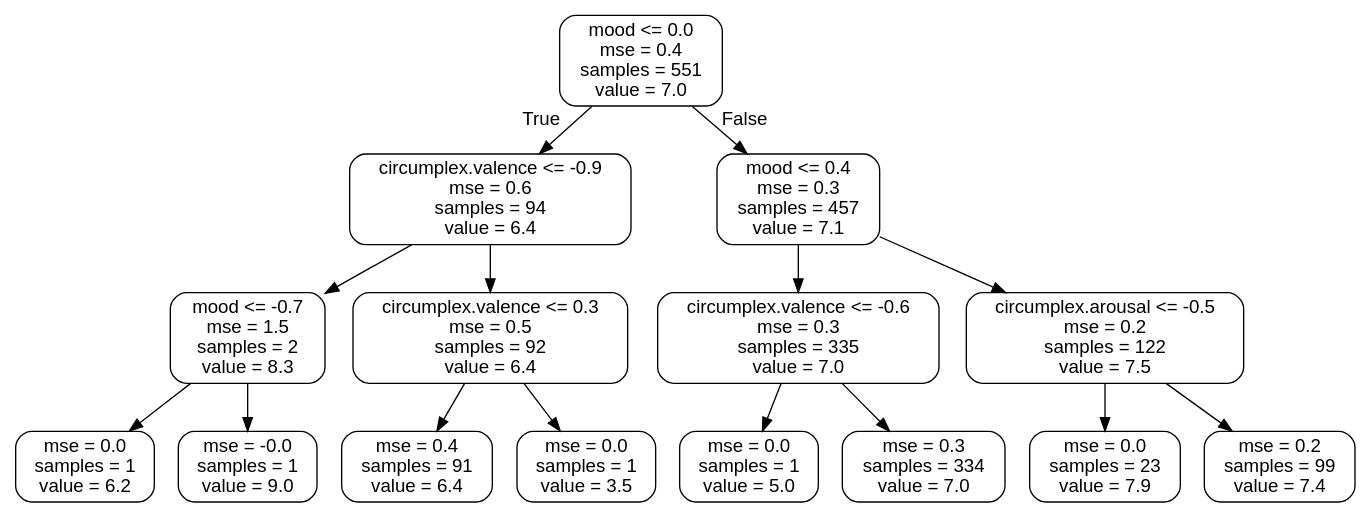
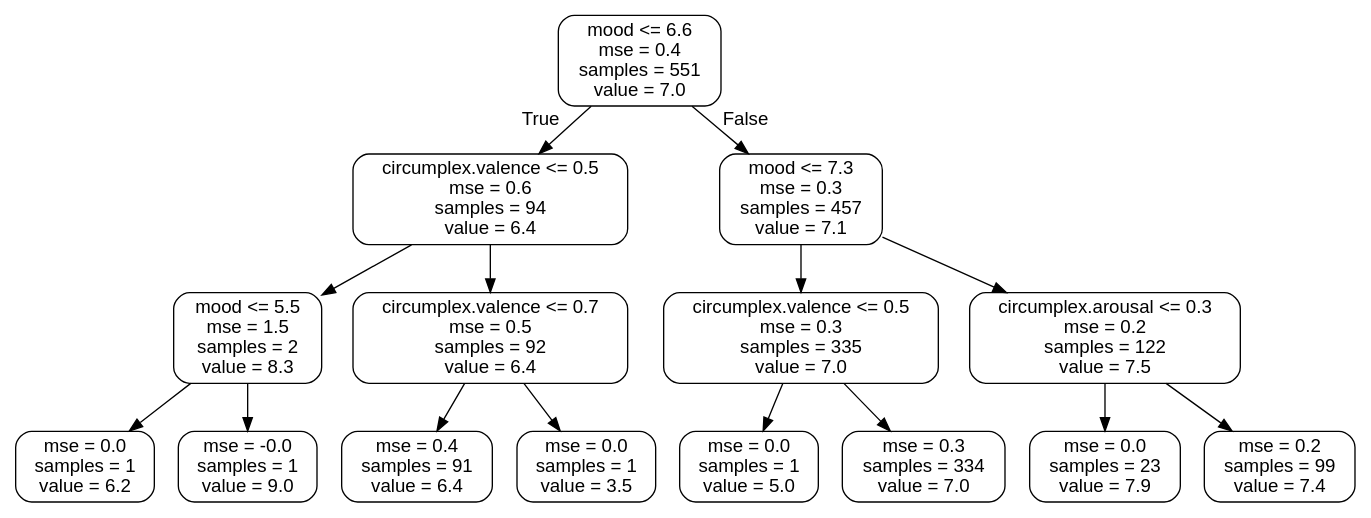
The diagram in Assignment1-Advanced/data/small_tree.dot (martaradzi/DataMiningTechniques), drawn with Graphviz before and after one commit. The commit also changed 11 other files, not shown here.

```diff
--- a/Assignment1-Advanced/data/small_tree.dot
+++ b/Assignment1-Advanced/data/small_tree.dot
@@ -1,33 +1,33 @@
 digraph Tree {
 node [shape=box, style="rounded", color="black", fontname=helvetica] ;
 edge [fontname=helvetica] ;
-0 [label="mood <= 0.0\nmse = 0.4\nsamples = 551\nvalue = 7.0"] ;
-1 [label="circumplex.valence <= -0.9\nmse = 0.6\nsamples = 94\nvalue = 6.4"] ;
+0 [label="mood <= 6.6\nmse = 0.4\nsamples = 551\nvalue = 7.0"] ;
+1 [label="circumplex.valence <= 0.5\nmse = 0.6\nsamples = 94\nvalue = 6.4"] ;
 0 -> 1 [labeldistance=2.5, labelangle=45, headlabel="True"] ;
-2 [label="mood <= -0.7\nmse = 1.5\nsamples = 2\nvalue = 8.3"] ;
+2 [label="mood <= 5.5\nmse = 1.5\nsamples = 2\nvalue = 8.3"] ;
 1 -> 2 ;
 3 [label="mse = 0.0\nsamples = 1\nvalue = 6.2"] ;
 2 -> 3 ;
 4 [label="mse = -0.0\nsamples = 1\nvalue = 9.0"] ;
 2 -> 4 ;
-5 [label="circumplex.valence <= 0.3\nmse = 0.5\nsamples = 92\nvalue = 6.4"] ;
+5 [label="circumplex.valence <= 0.7\nmse = 0.5\nsamples = 92\nvalue = 6.4"] ;
 1 -> 5 ;
 6 [label="mse = 0.4\nsamples = 91\nvalue = 6.4"] ;
 5 -> 6 ;
 7 [label="mse = 0.0\nsamples = 1\nvalue = 3.5"] ;
 5 -> 7 ;
-8 [label="mood <= 0.4\nmse = 0.3\nsamples = 457\nvalue = 7.1"] ;
+8 [label="mood <= 7.3\nmse = 0.3\nsamples = 457\nvalue = 7.1"] ;
 0 -> 8 [labeldistance=2.5, labelangle=-45, headlabel="False"] ;
-9 [label="circumplex.valence <= -0.6\nmse = 0.3\nsamples = 335\nvalue = 7.0"] ;
+9 [label="circumplex.valence <= 0.5\nmse = 0.3\nsamples = 335\nvalue = 7.0"] ;
 8 -> 9 ;
 10 [label="mse = 0.0\nsamples = 1\nvalue = 5.0"] ;
 9 -> 10 ;
 11 [label="mse = 0.3\nsamples = 334\nvalue = 7.0"] ;
 9 -> 11 ;
-12 [label="circumplex.arousal <= -0.5\nmse = 0.2\nsamples = 122\nvalue = 7.5"] ;
+12 [label="circumplex.arousal <= 0.3\nmse = 0.2\nsamples = 122\nvalue = 7.5"] ;
 8 -> 12 ;
 13 [label="mse = 0.0\nsamples = 23\nvalue = 7.9"] ;
 12 -> 13 ;
 14 [label="mse = 0.2\nsamples = 99\nvalue = 7.4"] ;
 12 -> 14 ;
 }
```
